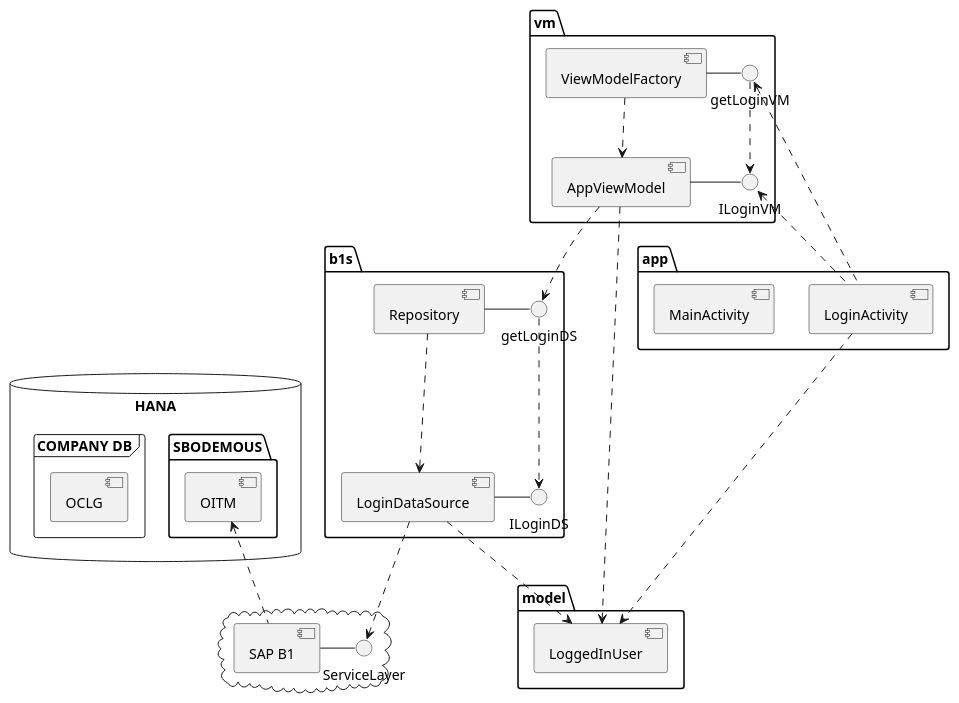
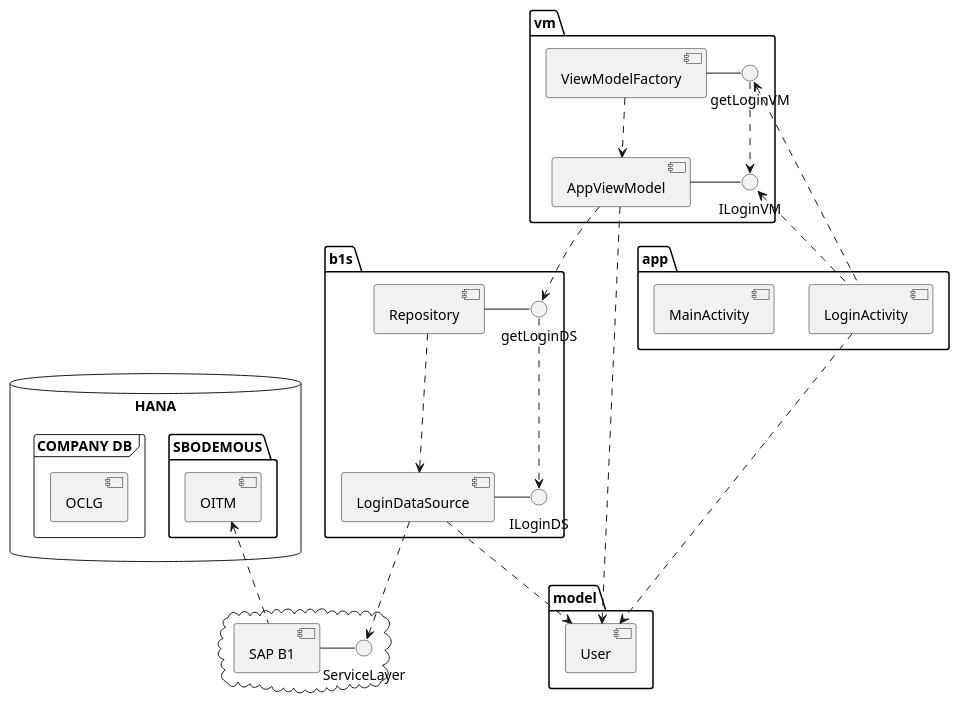
One commit to nemethmik/t11grepo changed the diagram in modulearchitecture.puml. Above: the diagram before and after it, drawn with PlantUML.

Commit message:
Three modules added: vm, b1s, model

```diff
--- a/modulearchitecture.puml
+++ b/modulearchitecture.puml
@@ -1,41 +1,41 @@
 @startuml
 database "HANA" {
   folder "SBODEMOUS" {
 	[OITM]
   }
   frame "COMPANY DB" {
 	[OCLG]
   }
 }
 
 cloud {
   ServiceLayer - [SAP B1]
   [SAP B1] .u.> [OITM]
 }
 package "model" {
-  [LoggedInUser]
+  [User]
 }
 package "b1s" {
   [LoginDataSource] - ILoginDS
   [LoginDataSource] ..> ServiceLayer
-  [LoginDataSource] ..> [LoggedInUser]
+  [LoginDataSource] ..> [User]
   [Repository] ..> [LoginDataSource]
   [Repository] - getLoginDS
   getLoginDS ..> ILoginDS
 }
 package "vm" {
   [AppViewModel] - ILoginVM
-  [AppViewModel] ..> [LoggedInUser]
+  [AppViewModel] ..> [User]
   [AppViewModel] ..> getLoginDS
   [ViewModelFactory] - getLoginVM
   [ViewModelFactory] ..>[AppViewModel]
   getLoginVM ..> ILoginVM
 }
 package "app" {
-  [LoginActivity] ..> [LoggedInUser]
+  [LoginActivity] ..> [User]
   [LoginActivity] .u.> [ILoginVM]
   [LoginActivity] .u.> [getLoginVM]
   [MainActivity]
 }
 
 @enduml
```
